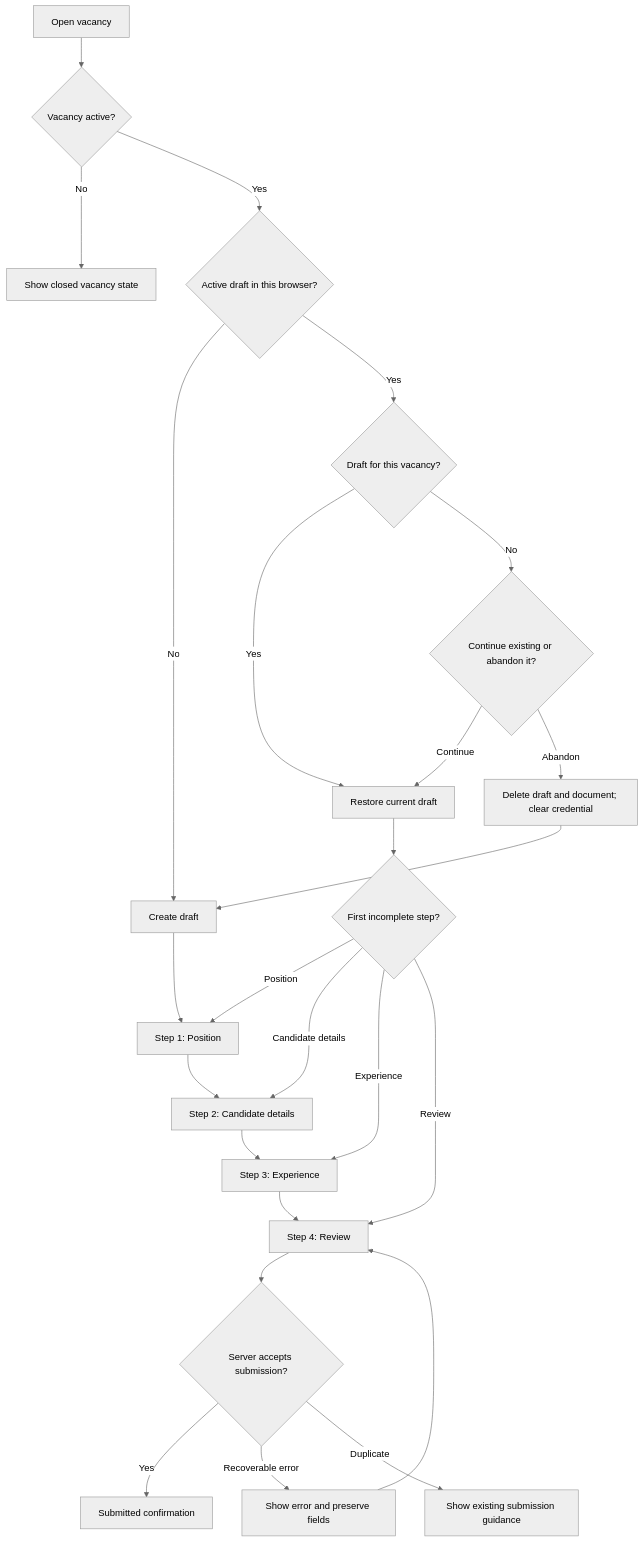
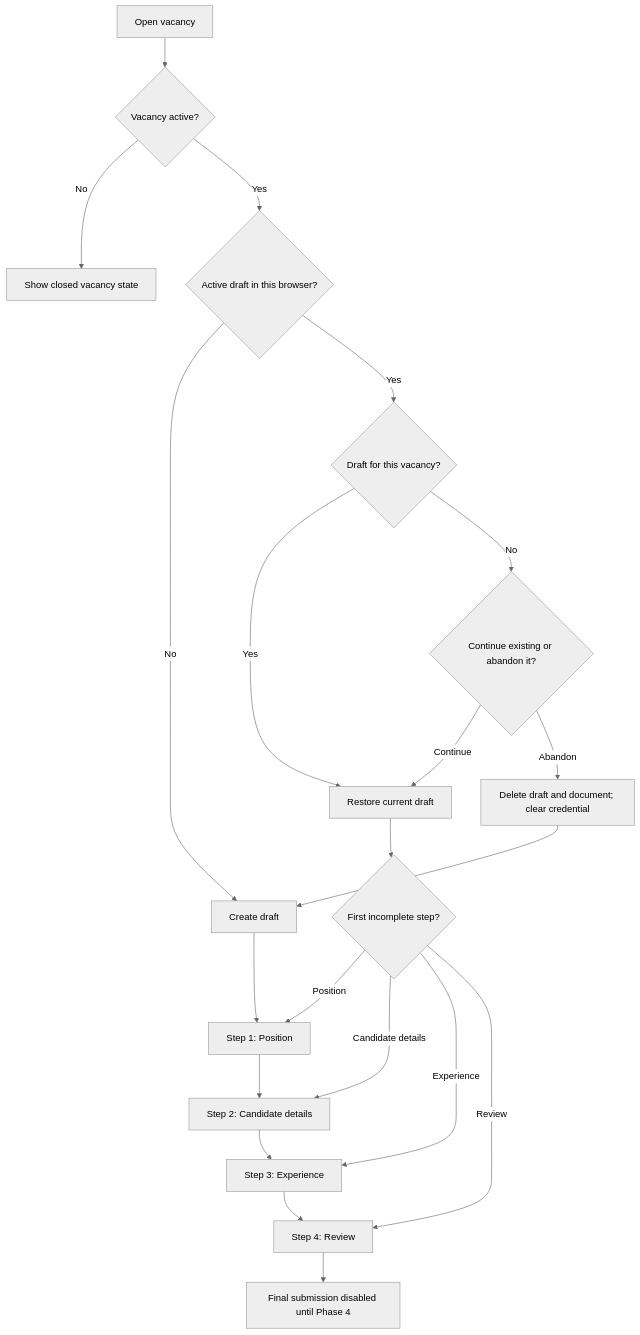
The second of 2 diagrams in docs/user-flow.md (JalolbekJR/applyflow), drawn with Mermaid (neutral theme) before and after one commit. The commit also changed other lines of this file and 82 other files, not shown here.

````diff
--- a/docs/user-flow.md
+++ b/docs/user-flow.md
@@ -23,27 +22,23 @@
 ```mermaid
 flowchart TD
     A["Open vacancy"] --> B{"Vacancy active?"}
     B -- "No" --> C["Show closed vacancy state"]
     B -- "Yes" --> D{"Active draft in this browser?"}
     D -- "No" --> E["Create draft"]
     D -- "Yes" --> M{"Draft for this vacancy?"}
     M -- "Yes" --> R["Restore current draft"]
     M -- "No" --> N{"Continue existing or abandon it?"}
     N -- "Continue" --> R
     N -- "Abandon" --> O["Delete draft and document; clear credential"]
     O --> E
     E --> F["Step 1: Position"]
     R --> Q{"First incomplete step?"}
     Q -- "Position" --> F
     Q -- "Candidate details" --> G
     Q -- "Experience" --> H
     Q -- "Review" --> I
     F --> G["Step 2: Candidate details"]
     G --> H["Step 3: Experience"]
     H --> I["Step 4: Review"]
-    I --> J{"Server accepts submission?"}
-    J -- "Yes" --> K["Submitted confirmation"]
-    J -- "Recoverable error" --> L["Show error and preserve fields"]
-    L --> I
-    J -- "Duplicate" --> P["Show existing submission guidance"]
+    I --> J["Final submission disabled until Phase 4"]
 ```
````
